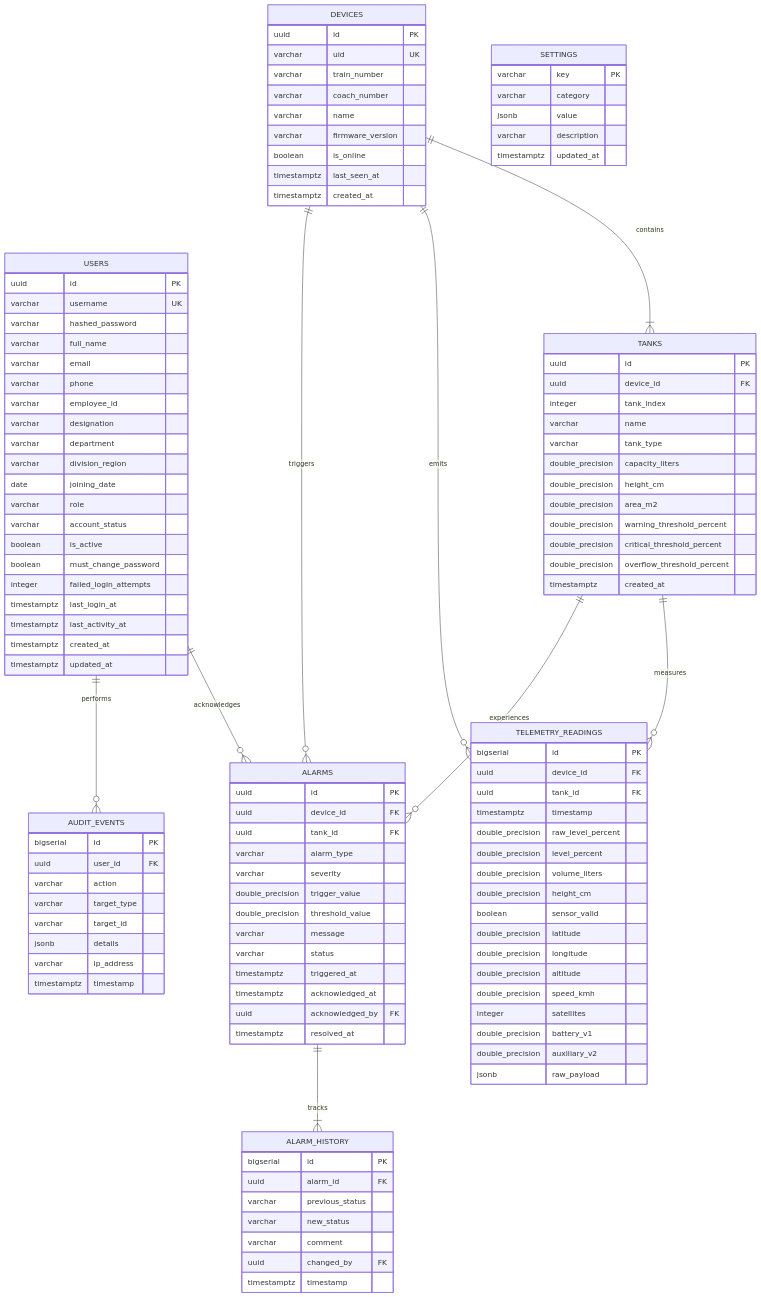
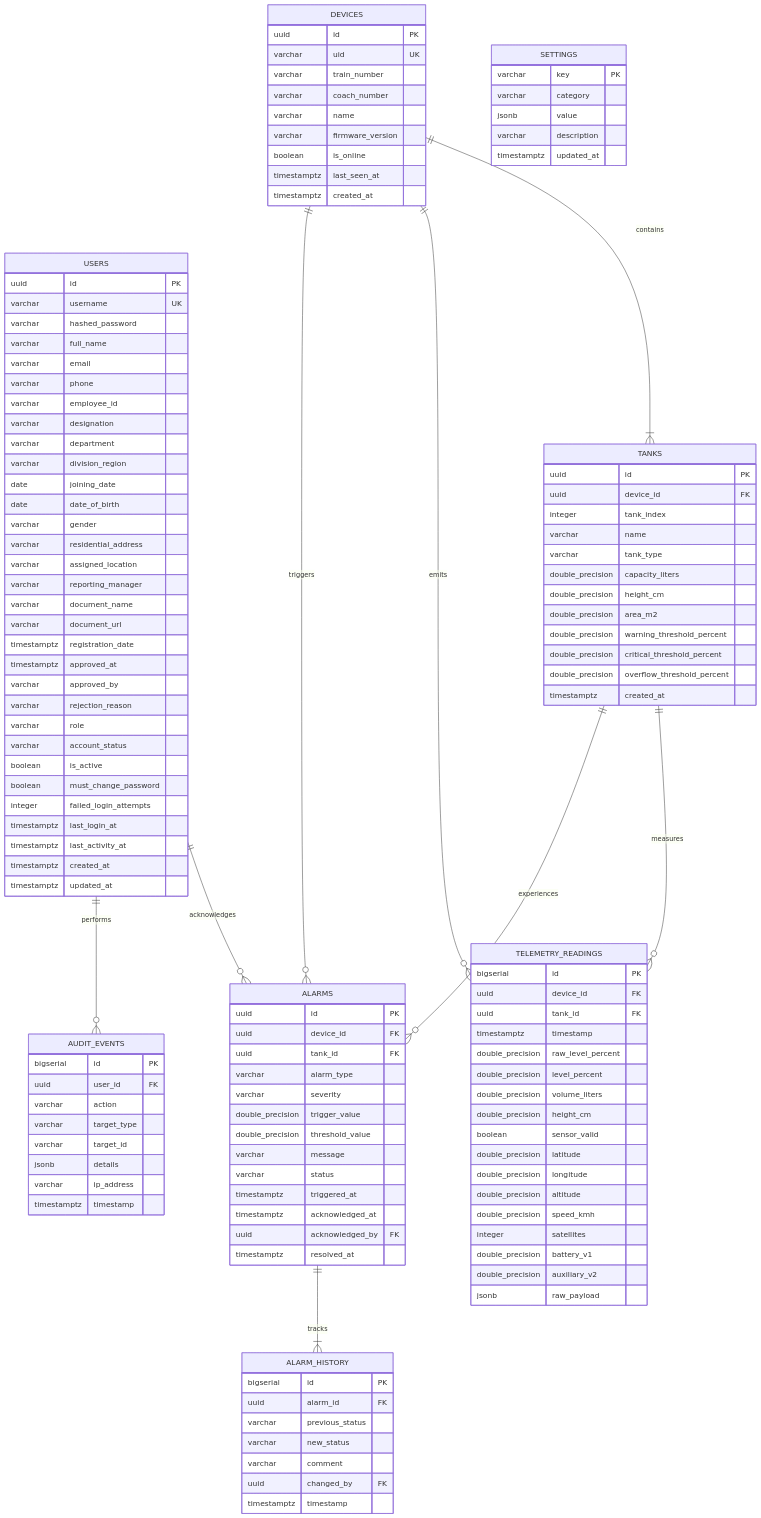
Before and after one commit to soumikbur/PanoramaWaterTank_NextGen: the diagram in docs/DATABASE_SCHEMA.md, drawn with Mermaid. The commit also changed 31 other files, not shown here.

```diff
--- a/docs/DATABASE_SCHEMA.md
+++ b/docs/DATABASE_SCHEMA.md
@@ -29,6 +29,17 @@
         varchar department
         varchar division_region
         date joining_date
+        date date_of_birth
+        varchar gender
+        varchar residential_address
+        varchar assigned_location
+        varchar reporting_manager
+        varchar document_name
+        varchar document_url
+        timestamptz registration_date
+        timestamptz approved_at
+        varchar approved_by
+        varchar rejection_reason
         varchar role
         varchar account_status
         boolean is_active
```
